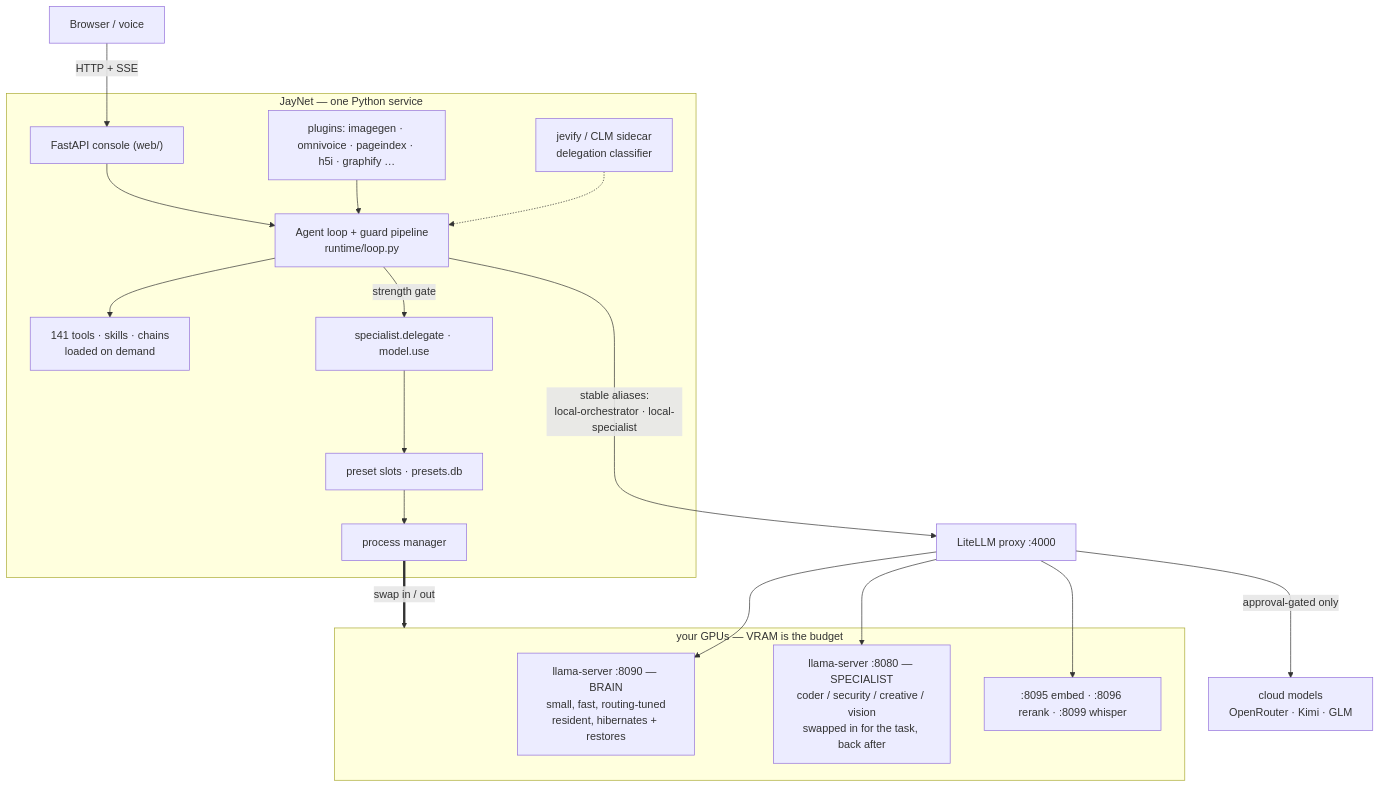
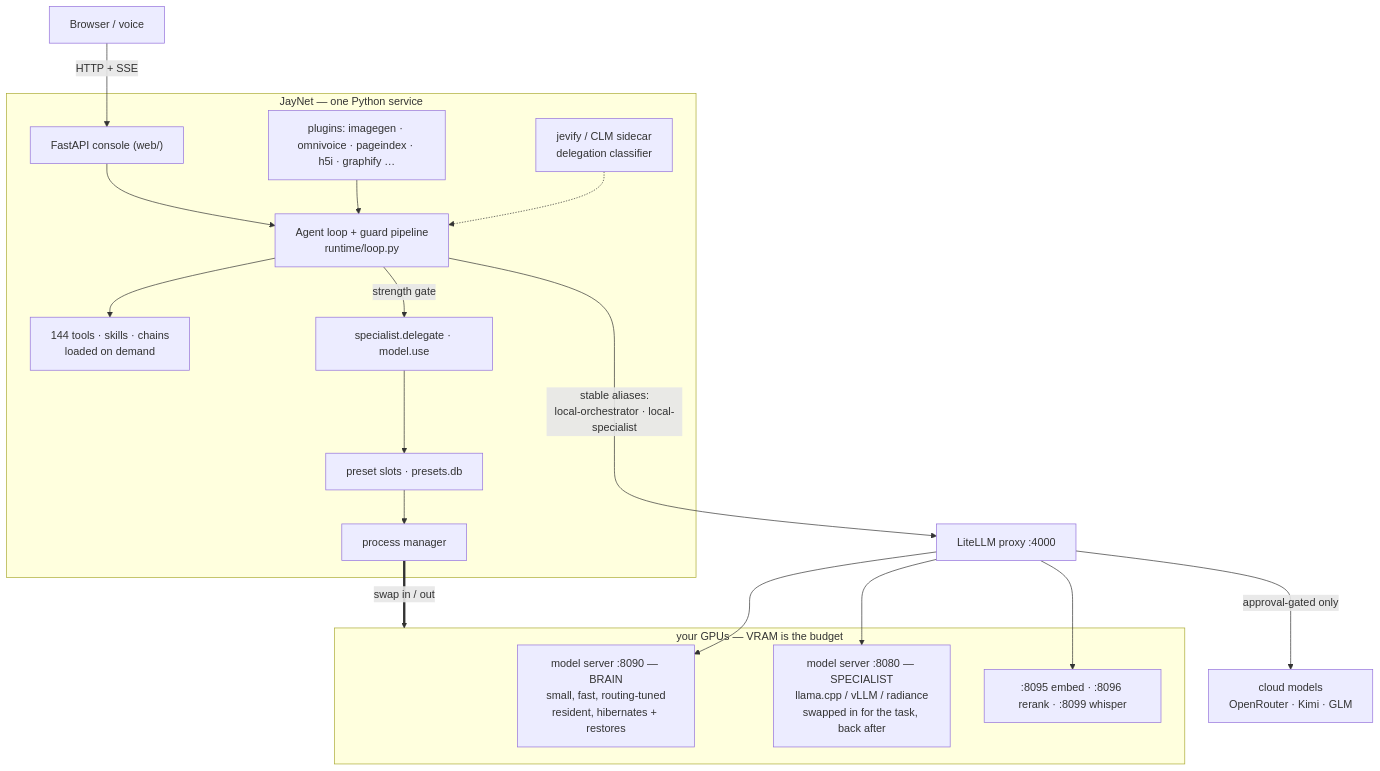
One commit to jspawn/jaynet_orchestrator changed the diagram in README.md. Above: the diagram before and after it, drawn with Mermaid. The commit also changed other lines of this file and 10 other files, not shown here.

````diff
--- a/README.md
+++ b/README.md
@@ -53,24 +53,24 @@
 ```mermaid
 flowchart TB
     U["Browser / voice"] -->|"HTTP + SSE"| WEB["FastAPI console (web/)"]
     subgraph JN["JayNet — one Python service"]
         WEB --> LOOP["Agent loop + guard pipeline<br/>runtime/loop.py"]
-        LOOP --> TOOLS["141 tools · skills · chains<br/>loaded on demand"]
+        LOOP --> TOOLS["144 tools · skills · chains<br/>loaded on demand"]
         PLUG["plugins: imagegen · omnivoice · pageindex · h5i · graphify …"] --> LOOP
         JEV["jevify / CLM sidecar<br/>delegation classifier"] -.-> LOOP
         LOOP -->|"strength gate"| DEL["specialist.delegate · model.use"]
         DEL --> SLOTS["preset slots · presets.db"]
         SLOTS --> PM["process manager"]
     end
     LOOP -->|"stable aliases:<br/>local-orchestrator · local-specialist"| LL["LiteLLM proxy :4000"]
     subgraph GPUs["your GPUs — VRAM is the budget"]
-        BRAIN["llama-server :8090 — BRAIN<br/>small, fast, routing-tuned<br/>resident, hibernates + restores"]
-        SPEC["llama-server :8080 — SPECIALIST<br/>coder / security / creative / vision<br/>swapped in for the task, back after"]
+        BRAIN["model server :8090 — BRAIN<br/>small, fast, routing-tuned<br/>resident, hibernates + restores"]
+        SPEC["model server :8080 — SPECIALIST<br/>llama.cpp / vLLM / radiance<br/>swapped in for the task, back after"]
         AUX[":8095 embed · :8096 rerank · :8099 whisper"]
     end
     PM ==>|"swap in / out"| GPUs
     LL --> BRAIN
     LL --> SPEC
     LL --> AUX
     LL -->|"approval-gated only"| CLOUD["cloud models<br/>OpenRouter · Kimi · GLM"]
 ```
````
